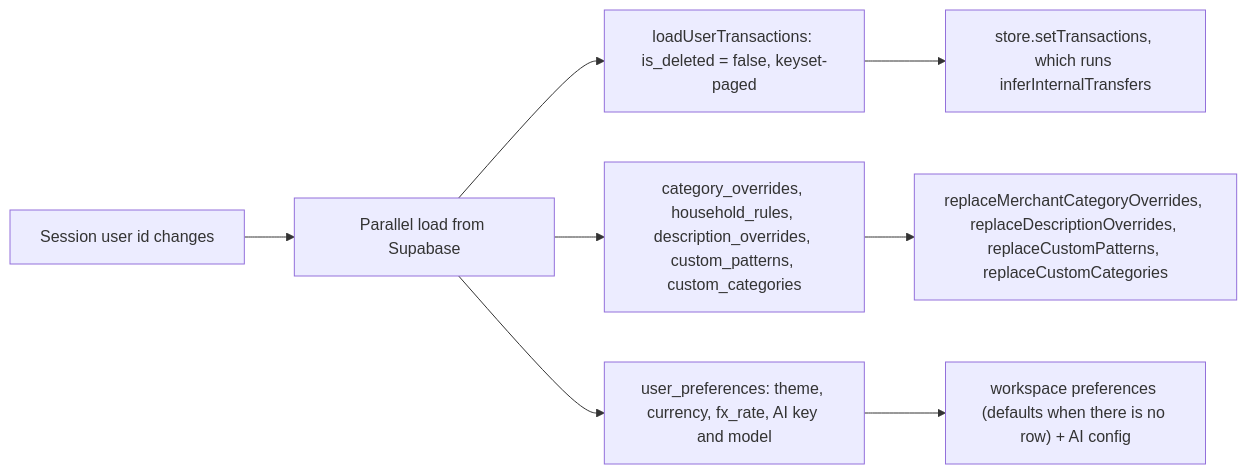
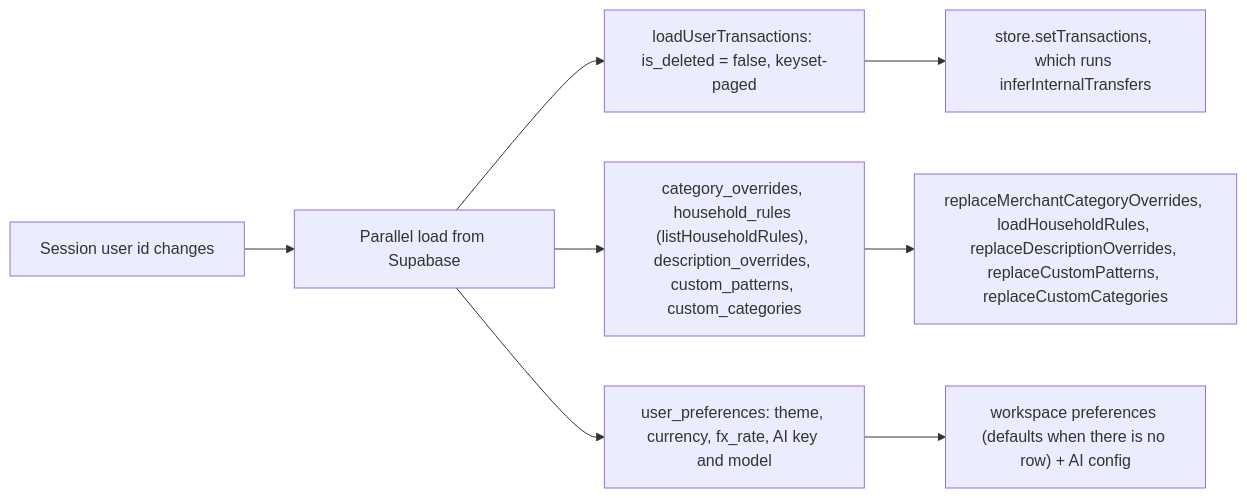
The second of 3 diagrams in docs/architecture.md (eltaiguer/tatu), drawn with Mermaid before and after one commit. The commit also changed other lines of this file and 9 other files, not shown here.

Commit message:
docs: household rules in the persistence table, hydrate flow and write paths; capitalised Según categoría (#251, review 1 item 14)

````diff
--- a/docs/architecture.md
+++ b/docs/architecture.md
@@ -225,10 +225,10 @@
 ```mermaid
 flowchart LR
     S["Session user id changes"] --> P["Parallel load from Supabase"]
     P --> T["loadUserTransactions: is_deleted = false, keyset-paged"]
-    P --> O["category_overrides, household_rules, description_overrides, custom_patterns, custom_categories"]
+    P --> O["category_overrides, household_rules (listHouseholdRules), description_overrides, custom_patterns, custom_categories"]
     P --> U["user_preferences: theme, currency, fx_rate, AI key and model"]
-    O --> R["replaceMerchantCategoryOverrides, replaceDescriptionOverrides, replaceCustomPatterns, replaceCustomCategories"]
+    O --> R["replaceMerchantCategoryOverrides, loadHouseholdRules, replaceDescriptionOverrides, replaceCustomPatterns, replaceCustomCategories"]
     U --> Q["workspace preferences (defaults when there is no row) + AI config"]
     T --> X["store.setTransactions, which runs inferInternalTransfers"]
 ```
````
